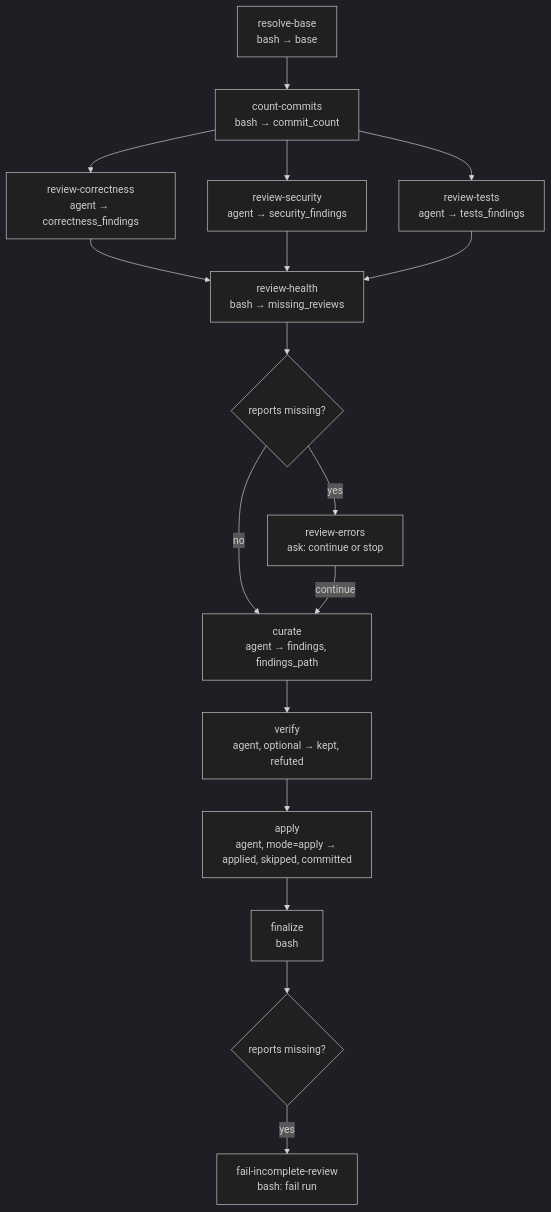
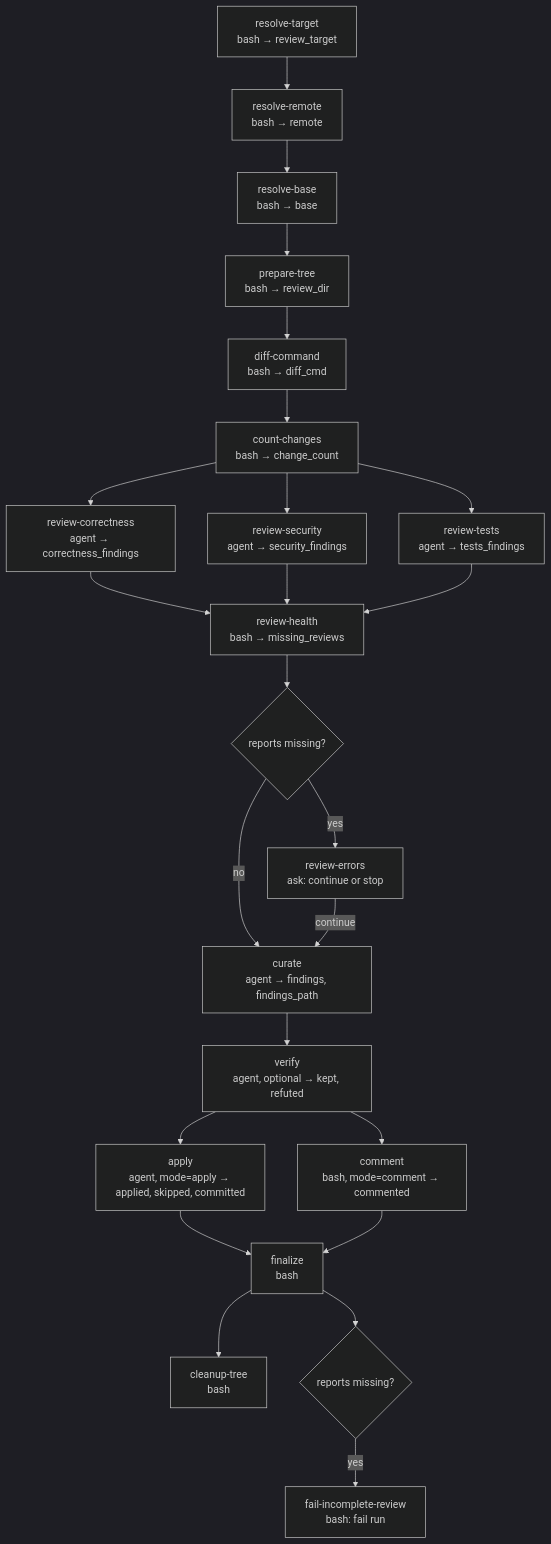
Before and after one commit to e1024kb/wise-claude: the diagram in plugins/wise/workflows/code-review/README.md, drawn with Mermaid (dark theme). The commit also changed other lines of this file and 43 other files, not shown here.

````diff
--- a/plugins/wise/workflows/code-review/README.md
+++ b/plugins/wise/workflows/code-review/README.md
@@ -58,19 +73,26 @@
 ```mermaid
 flowchart TD
-    A[resolve-base<br/>bash → base] --> B[count-commits<br/>bash → commit_count]
+    T[resolve-target<br/>bash → review_target] --> U[resolve-remote<br/>bash → remote]
+    U --> A[resolve-base<br/>bash → base]
+    A --> P[prepare-tree<br/>bash → review_dir]
+    P --> Q[diff-command<br/>bash → diff_cmd]
+    Q --> B[count-changes<br/>bash → change_count]
     B --> C[review-correctness<br/>agent → correctness_findings]
     B --> D[review-security<br/>agent → security_findings]
     B --> E[review-tests<br/>agent → tests_findings]
     C --> J[review-health<br/>bash → missing_reviews]
     D --> J
     E --> J
     J --> K{reports missing?}
     K -->|yes| L[review-errors<br/>ask: continue or stop]
     K -->|no| F[curate<br/>agent → findings, findings_path]
     L -->|continue| F
     F --> G[verify<br/>agent, optional → kept, refuted]
     G --> H[apply<br/>agent, mode=apply → applied, skipped, committed]
+    G --> O[comment<br/>bash, mode=comment → commented]
     H --> I[finalize<br/>bash]
+    O --> I
+    I --> R[cleanup-tree<br/>bash]
     I --> M{reports missing?}
     M -->|yes| N[fail-incomplete-review<br/>bash: fail run]
 ```
````
